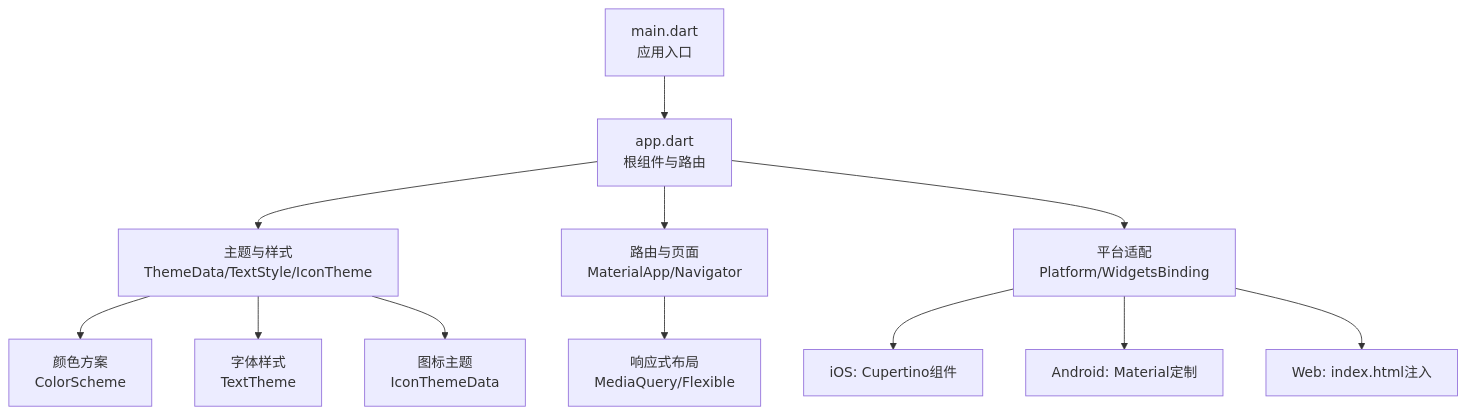
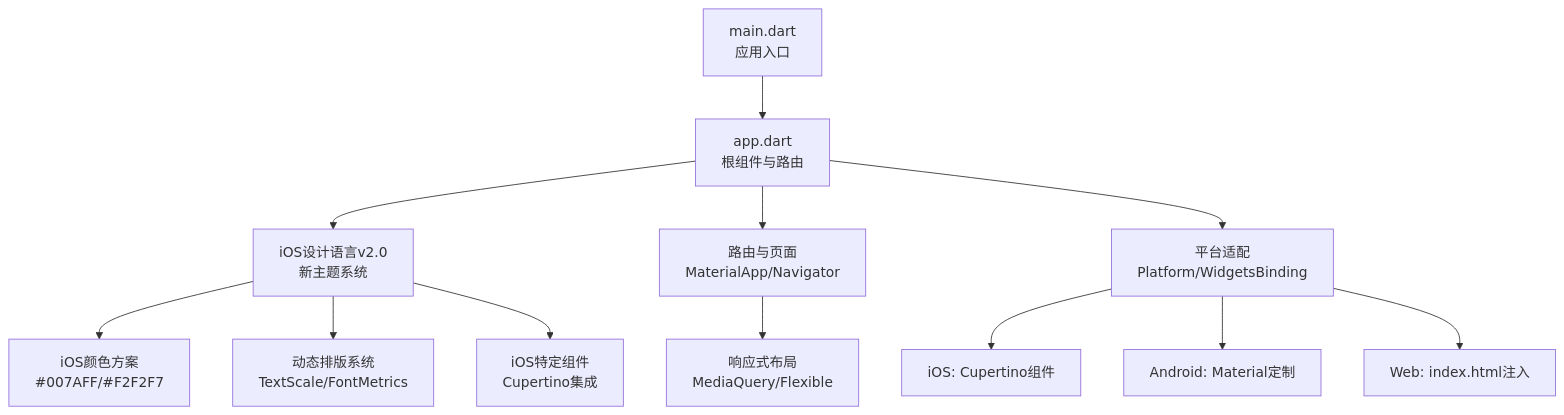
Before and after one commit to ZhangGHGitHub/LegadoTeamFlutter: the first of 7 diagrams in .qoder/repowiki/zh/content/主题和样式/多平台样式适配/Flutter Material Components应用.md, drawn with Mermaid. The commit also changed other lines of this file and 173 other files, not shown here.

````diff
--- a/.qoder/repowiki/zh/content/主题和样式/多平台样式适配/Flutter Material Components应用.md
+++ b/.qoder/repowiki/zh/content/主题和样式/多平台样式适配/Flutter Material Components应用.md
@@ -45,14 +53,14 @@
 ```mermaid
 graph TB
 A["main.dart<br/>应用入口"] --> B["app.dart<br/>根组件与路由"]
-B --> C["主题与样式<br/>ThemeData/TextStyle/IconTheme"]
+B --> C["iOS设计语言v2.0<br/>新主题系统"]
 B --> D["路由与页面<br/>MaterialApp/Navigator"]
 B --> E["平台适配<br/>Platform/WidgetsBinding"]
-C --> F["颜色方案<br/>ColorScheme"]
-C --> G["字体样式<br/>TextTheme"]
-C --> H["图标主题<br/>IconThemeData"]
+C --> F["iOS颜色方案<br/>#007AFF/#F2F2F7"]
+C --> G["动态排版系统<br/>TextScale/FontMetrics"]
+C --> H["iOS特定组件<br/>Cupertino集成"]
 D --> I["响应式布局<br/>MediaQuery/Flexible"]
 E --> J["iOS: Cupertino组件"]
 E --> K["Android: Material定制"]
 E --> L["Web: index.html注入"]
 ```
````
